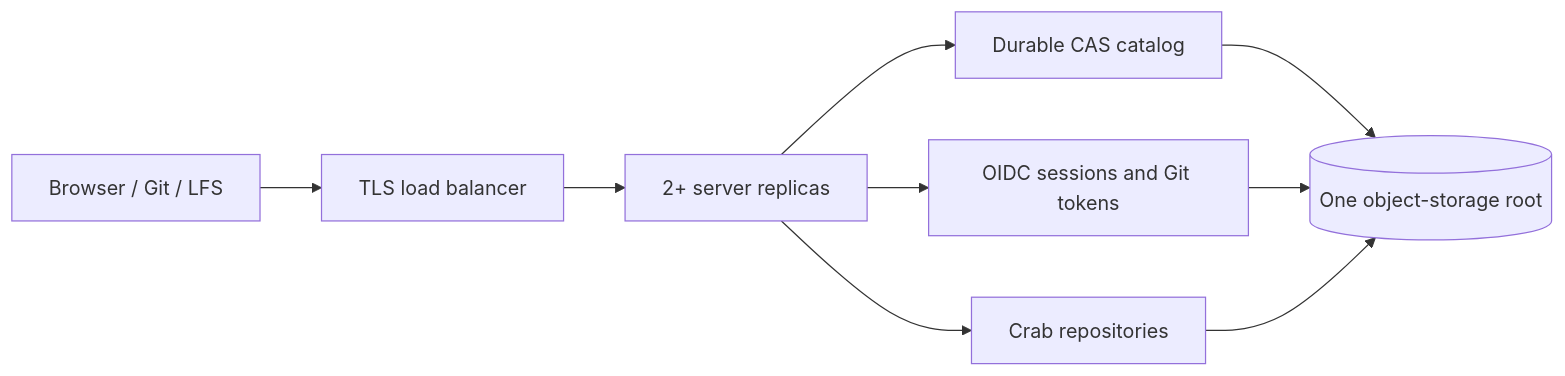
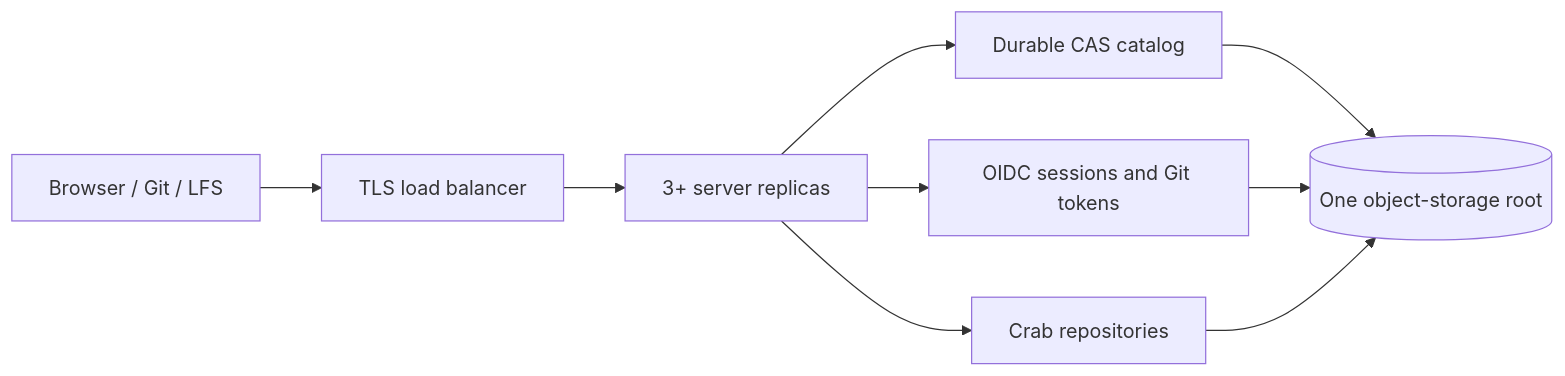
The first of 3 diagrams in crates/crab-http-server/deploy/README.md (crabbuild/crab), drawn with Mermaid before and after one commit. The commit also changed other lines of this file and 12 other files, not shown here.

````diff
--- a/crates/crab-http-server/deploy/README.md
+++ b/crates/crab-http-server/deploy/README.md
@@ -5,9 +5,9 @@
 ```mermaid
 flowchart LR
     Client[Browser / Git / LFS] --> Edge[TLS load balancer]
-    Edge --> Replicas[2+ server replicas]
+    Edge --> Replicas[3+ server replicas]
     Replicas --> Catalog[Durable CAS catalog]
     Replicas --> State[OIDC sessions and Git tokens]
     Replicas --> Repos[Crab repositories]
     Catalog & State & Repos --> Root[(One object-storage root)]
 ```
````
